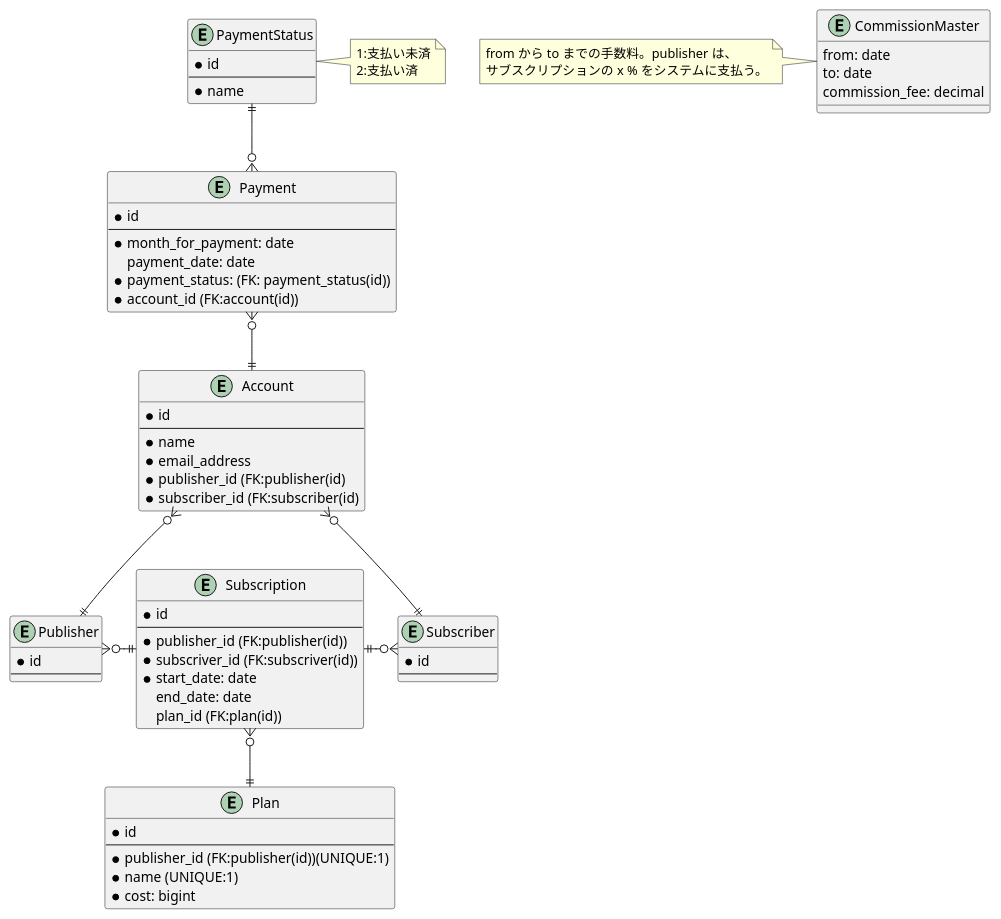
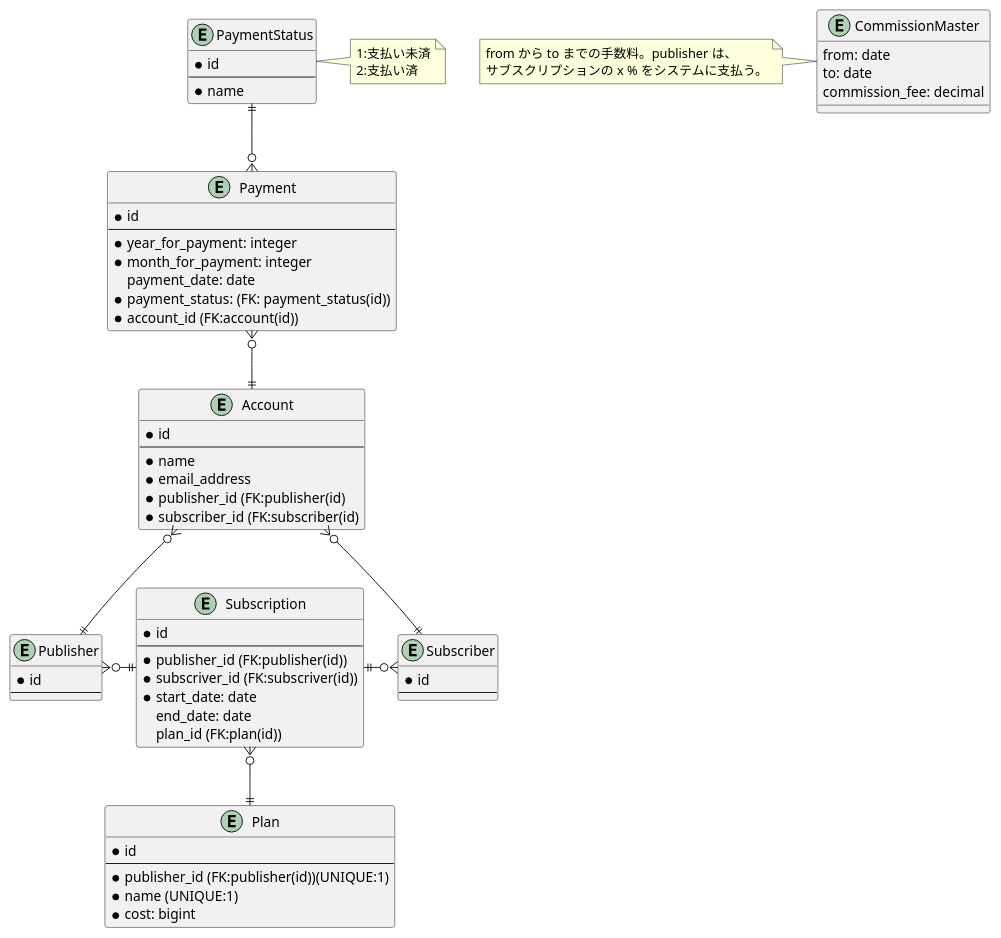
One commit to mikoto2000/SubscriptionManagementSystem changed the diagram in doc/diagram/ER.puml. Above: the diagram before and after it, drawn with PlantUML. The commit also changed 22 other files, not shown here.

```diff
--- a/doc/diagram/ER.puml
+++ b/doc/diagram/ER.puml
@@ -1,75 +1,76 @@
 @startuml
 
 entity Publisher {
   *id
   --
 }
 
 entity Subscriber {
   * id
   --
 }
 
 entity Subscription {
   * id
   --
   * publisher_id (FK:publisher(id))
   * subscriver_id (FK:subscriver(id))
   * start_date: date
     end_date: date
     plan_id (FK:plan(id))
 }
 
 entity Plan {
   * id
   --
   * publisher_id (FK:publisher(id))(UNIQUE:1)
   * name (UNIQUE:1)
   * cost: bigint
 }
 
 entity Payment {
   * id
   --
-  * month_for_payment: date
+  * year_for_payment: integer
+  * month_for_payment: integer
     payment_date: date
   * payment_status: (FK: payment_status(id))
   * account_id (FK:account(id))
 }
 
 entity Account {
   * id
   --
   * name
   * email_address
   * publisher_id (FK:publisher(id)
   * subscriber_id (FK:subscriber(id)
 }
 
 entity PaymentStatus {
   * id
   --
   * name
 }
 
 note right: 1:支払い未済\n2:支払い済
 
 entity CommissionMaster {
   from: date
   to: date
   commission_fee: decimal
 }
 
 note left: from から to までの手数料。publisher は、\nサブスクリプションの x % をシステムに支払う。
 
 Publisher }o-|| Subscription
 Subscription ||-o{ Subscriber
 Subscription }o--|| Plan
 PaymentStatus ||--o{ Payment
 
 Account }o--|| Publisher
 Account }o--|| Subscriber
 
 Payment }o--|| Account
 
 @enduml
```
